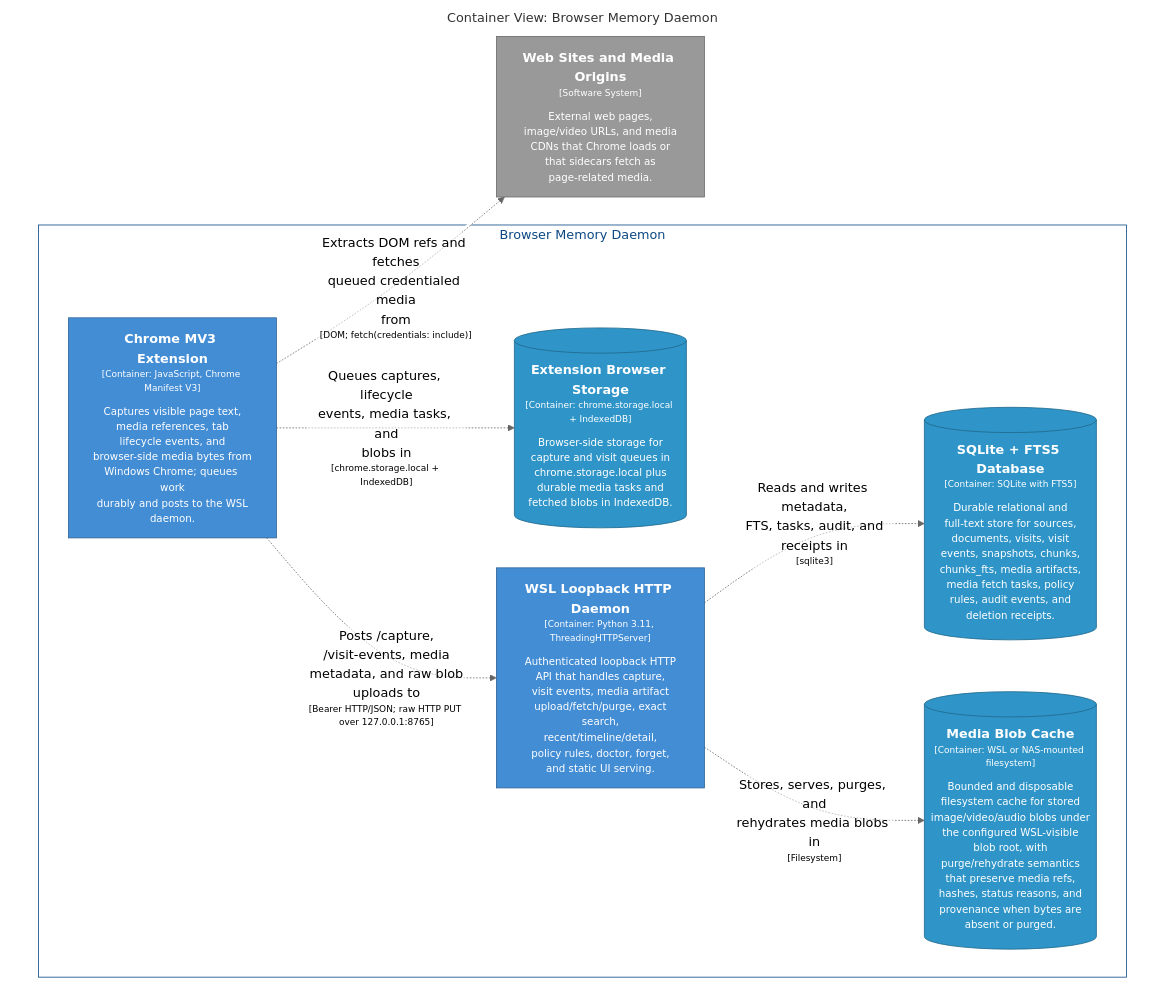
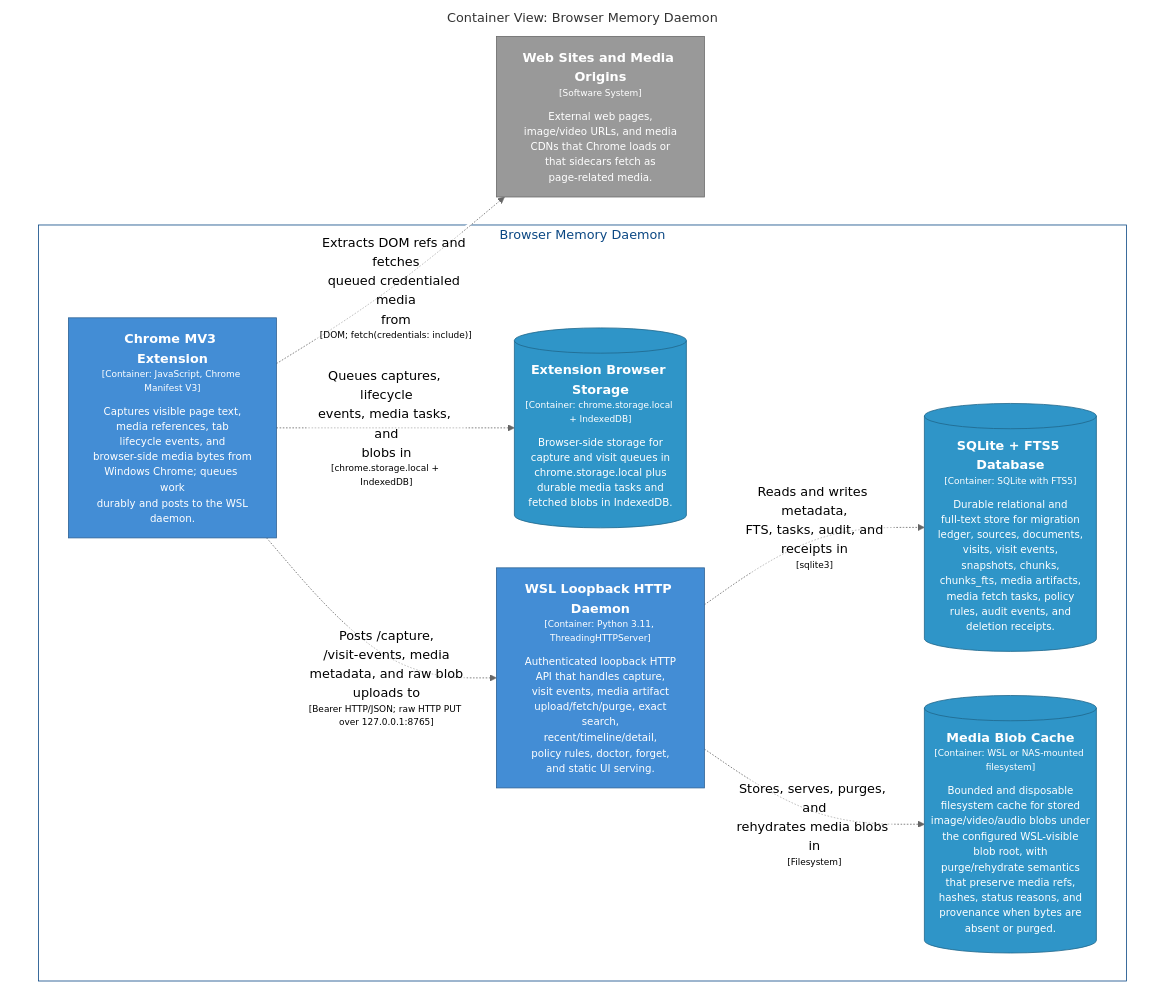
The diagram in docs/architecture/diagrams/markdown/BrowserMediaContainers.md (michaelnicks0/browser-memory-daemon), drawn with Mermaid (neutral theme) before and after one commit. The commit also changed 180 other files, not shown here.

Commit message:
feat(db): add versioned migration ledger and compatibility checks

````diff
--- a/docs/architecture/diagrams/markdown/BrowserMediaContainers.md
+++ b/docs/architecture/diagrams/markdown/BrowserMediaContainers.md
@@ -16,33 +16,33 @@
 ```mermaid
 graph TB
   linkStyle default fill:#ffffff
 
   subgraph diagram ["Container View: Browser Memory Daemon"]
     style diagram fill:#ffffff,stroke:#ffffff
 
     3["<div style='font-weight: bold'>Web Sites and Media Origins</div><div style='font-size: 70%; margin-top: 0px'>[Software System]</div><div style='font-size: 80%; margin-top:10px'>External web pages,<br />image/video URLs, and media<br />CDNs that Chrome loads or<br />that sidecars fetch as<br />page-related media.</div>"]
     style 3 fill:#999999,stroke:#6b6b6b,color:#ffffff
 
     subgraph 4 ["Browser Memory Daemon"]
       style 4 fill:#ffffff,stroke:#0b4884,color:#0b4884
 
       13[("<div style='font-weight: bold'>Extension Browser Storage</div><div style='font-size: 70%; margin-top: 0px'>[Container: chrome.storage.local + IndexedDB]</div><div style='font-size: 80%; margin-top:10px'>Browser-side storage for<br />capture and visit queues in<br />chrome.storage.local plus<br />durable media tasks and<br />fetched blobs in IndexedDB.</div>")]
       style 13 fill:#2f95c8,stroke:#20688c,color:#ffffff
       14["<div style='font-weight: bold'>WSL Loopback HTTP Daemon</div><div style='font-size: 70%; margin-top: 0px'>[Container: Python 3.11, ThreadingHTTPServer]</div><div style='font-size: 80%; margin-top:10px'>Authenticated loopback HTTP<br />API that handles capture,<br />visit events, media artifact<br />upload/fetch/purge, exact<br />search,<br />recent/timeline/detail,<br />policy rules, doctor, forget,<br />and static UI serving.</div>"]
       style 14 fill:#438dd5,stroke:#2e6295,color:#ffffff
-      27[("<div style='font-weight: bold'>SQLite + FTS5 Database</div><div style='font-size: 70%; margin-top: 0px'>[Container: SQLite with FTS5]</div><div style='font-size: 80%; margin-top:10px'>Durable relational and<br />full-text store for sources,<br />documents, visits, visit<br />events, snapshots, chunks,<br />chunks_fts, media artifacts,<br />media fetch tasks, policy<br />rules, audit events, and<br />deletion receipts.</div>")]
-      style 27 fill:#2f95c8,stroke:#20688c,color:#ffffff
-      29[("<div style='font-weight: bold'>Media Blob Cache</div><div style='font-size: 70%; margin-top: 0px'>[Container: WSL or NAS-mounted filesystem]</div><div style='font-size: 80%; margin-top:10px'>Bounded and disposable<br />filesystem cache for stored<br />image/video/audio blobs under<br />the configured WSL-visible<br />blob root, with<br />purge/rehydrate semantics<br />that preserve media refs,<br />hashes, status reasons, and<br />provenance when bytes are<br />absent or purged.</div>")]
-      style 29 fill:#2f95c8,stroke:#20688c,color:#ffffff
+      28[("<div style='font-weight: bold'>SQLite + FTS5 Database</div><div style='font-size: 70%; margin-top: 0px'>[Container: SQLite with FTS5]</div><div style='font-size: 80%; margin-top:10px'>Durable relational and<br />full-text store for migration<br />ledger, sources, documents,<br />visits, visit events,<br />snapshots, chunks,<br />chunks_fts, media artifacts,<br />media fetch tasks, policy<br />rules, audit events, and<br />deletion receipts.</div>")]
+      style 28 fill:#2f95c8,stroke:#20688c,color:#ffffff
+      30[("<div style='font-weight: bold'>Media Blob Cache</div><div style='font-size: 70%; margin-top: 0px'>[Container: WSL or NAS-mounted filesystem]</div><div style='font-size: 80%; margin-top:10px'>Bounded and disposable<br />filesystem cache for stored<br />image/video/audio blobs under<br />the configured WSL-visible<br />blob root, with<br />purge/rehydrate semantics<br />that preserve media refs,<br />hashes, status reasons, and<br />provenance when bytes are<br />absent or purged.</div>")]
+      style 30 fill:#2f95c8,stroke:#20688c,color:#ffffff
       5["<div style='font-weight: bold'>Chrome MV3 Extension</div><div style='font-size: 70%; margin-top: 0px'>[Container: JavaScript, Chrome Manifest V3]</div><div style='font-size: 80%; margin-top:10px'>Captures visible page text,<br />media references, tab<br />lifecycle events, and<br />browser-side media bytes from<br />Windows Chrome; queues work<br />durably and posts to the WSL<br />daemon.</div>"]
       style 5 fill:#438dd5,stroke:#2e6295,color:#ffffff
     end
 
     5-. "<div>Extracts DOM refs and fetches<br />queued credentialed media<br />from</div><div style='font-size: 70%'>[DOM; fetch(credentials: include)]</div>" .->3
     5-. "<div>Queues captures, lifecycle<br />events, media tasks, and<br />blobs in</div><div style='font-size: 70%'>[chrome.storage.local + IndexedDB]</div>" .->13
     5-. "<div>Posts /capture,<br />/visit-events, media<br />metadata, and raw blob<br />uploads to</div><div style='font-size: 70%'>[Bearer HTTP/JSON; raw HTTP PUT over 127.0.0.1:8765]</div>" .->14
-    14-. "<div>Reads and writes metadata,<br />FTS, tasks, audit, and<br />receipts in</div><div style='font-size: 70%'>[sqlite3]</div>" .->27
-    14-. "<div>Stores, serves, purges, and<br />rehydrates media blobs in</div><div style='font-size: 70%'>[Filesystem]</div>" .->29
+    14-. "<div>Reads and writes metadata,<br />FTS, tasks, audit, and<br />receipts in</div><div style='font-size: 70%'>[sqlite3]</div>" .->28
+    14-. "<div>Stores, serves, purges, and<br />rehydrates media blobs in</div><div style='font-size: 70%'>[Filesystem]</div>" .->30
 
   end
 ```
````
